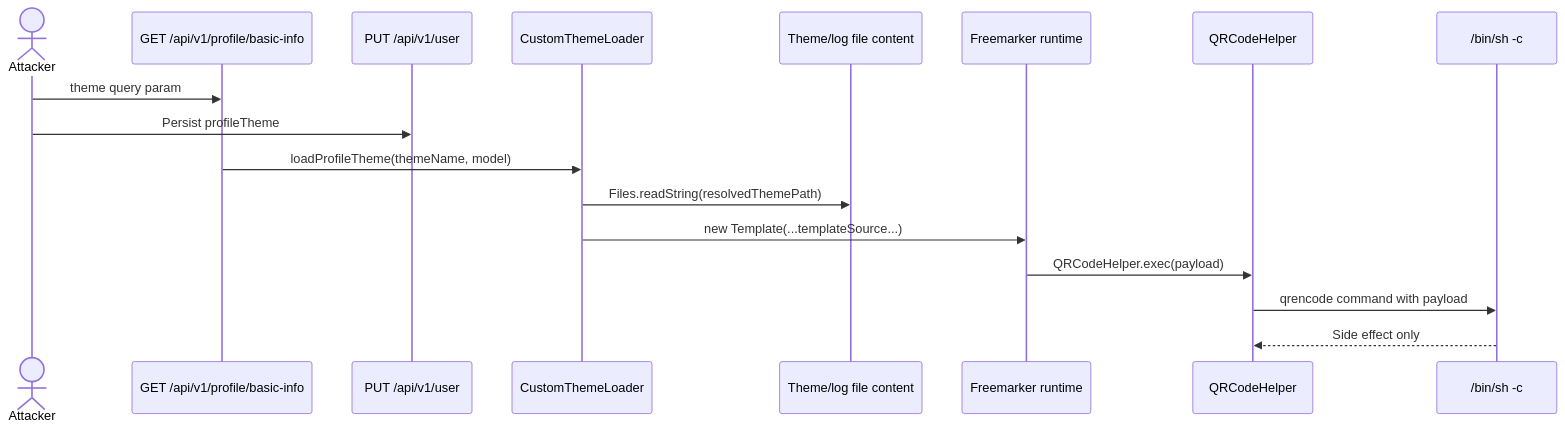
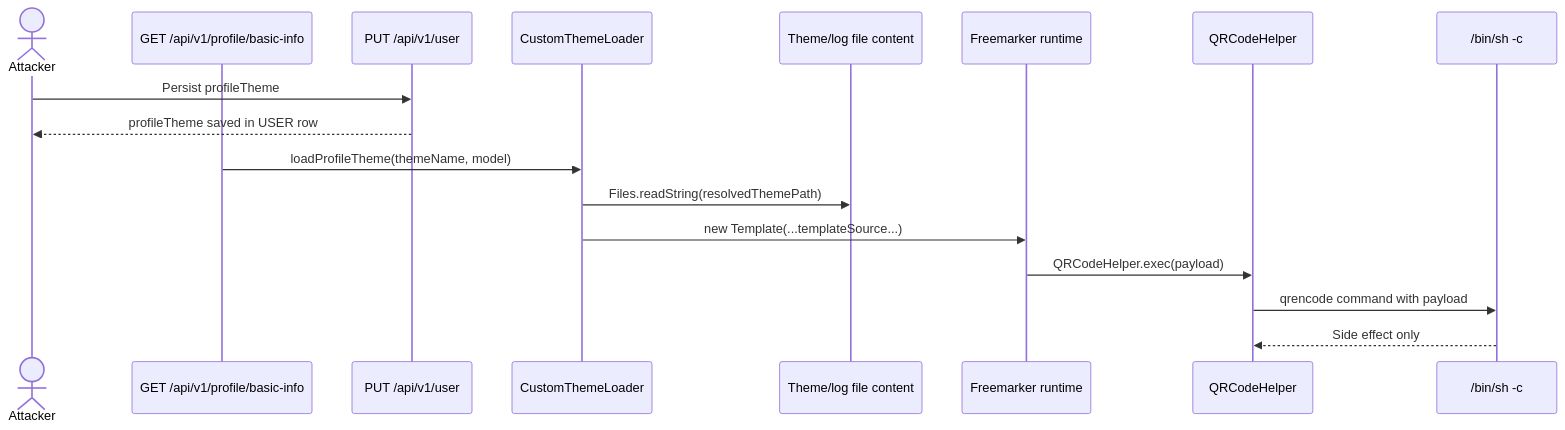
Diagram 18 of 33 in Report/Weblab All Vulnerabilities.md (tr1la/WebLab_KTVAirline), drawn with Mermaid before and after one commit. The commit also changed other lines of this file, not shown here.

````diff
--- a/Report/Weblab All Vulnerabilities.md
+++ b/Report/Weblab All Vulnerabilities.md
@@ -2688,20 +2686,20 @@
 ```mermaid
 sequenceDiagram
     actor Attacker
     participant Profile as GET /api/v1/profile/basic-info
     participant UserAPI as PUT /api/v1/user
     participant Loader as CustomThemeLoader
     participant File as Theme/log file content
     participant FTL as Freemarker runtime
     participant QR as QRCodeHelper
     participant Shell as /bin/sh -c
 
-    Attacker->>Profile: theme query param
     Attacker->>UserAPI: Persist profileTheme
+    UserAPI-->>Attacker: profileTheme saved in USER row
     Profile->>Loader: loadProfileTheme(themeName, model)
     Loader->>File: Files.readString(resolvedThemePath)
     Loader->>FTL: new Template(...templateSource...)
     FTL->>QR: QRCodeHelper.exec(payload)
     QR->>Shell: qrencode command with payload
     Shell-->>QR: Side effect only
 ```
````
